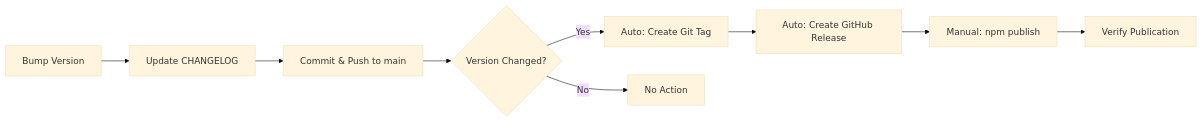
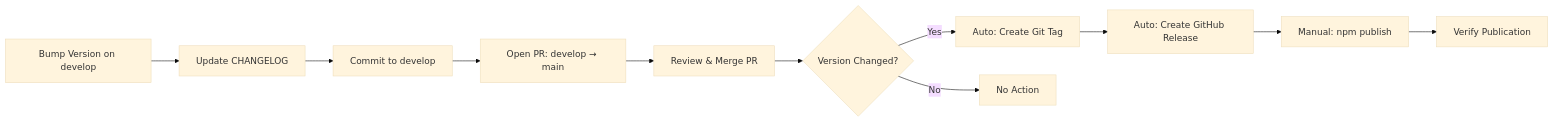
The diagram in docs/RELEASE_PROCESS.md (PCIRCLE-AI/memesh-llm-memory), drawn with Mermaid (base theme) before and after one commit. The commit also changed other lines of this file and 3 other files, not shown here.

First line of the commit message:
docs: enforce PR-based workflow, block direct push to main

````diff
--- a/docs/RELEASE_PROCESS.md
+++ b/docs/RELEASE_PROCESS.md
@@ -20,11 +35,13 @@
 ```mermaid
 graph LR
-    A[Bump Version] --> B[Update CHANGELOG]
-    B --> C[Commit & Push to main]
-    C --> D{Version Changed?}
-    D -->|Yes| E[Auto: Create Git Tag]
-    E --> F[Auto: Create GitHub Release]
-    F --> G[Manual: npm publish]
-    D -->|No| H[No Action]
-    G --> I[Verify Publication]
+    A[Bump Version on develop] --> B[Update CHANGELOG]
+    B --> C[Commit to develop]
+    C --> D[Open PR: develop → main]
+    D --> E[Review & Merge PR]
+    E --> F{Version Changed?}
+    F -->|Yes| G[Auto: Create Git Tag]
+    G --> H[Auto: Create GitHub Release]
+    H --> I[Manual: npm publish]
+    F -->|No| J[No Action]
+    I --> K[Verify Publication]
 ```
````
